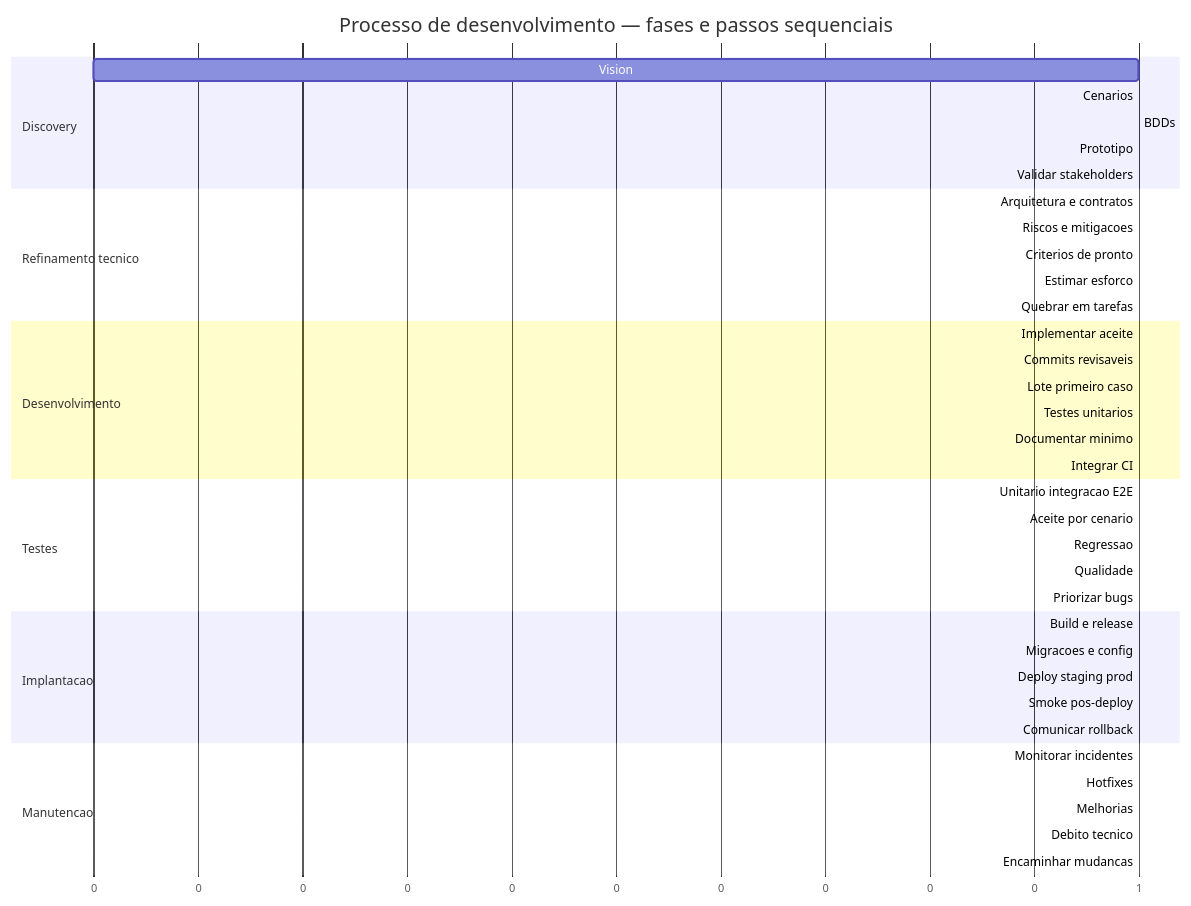
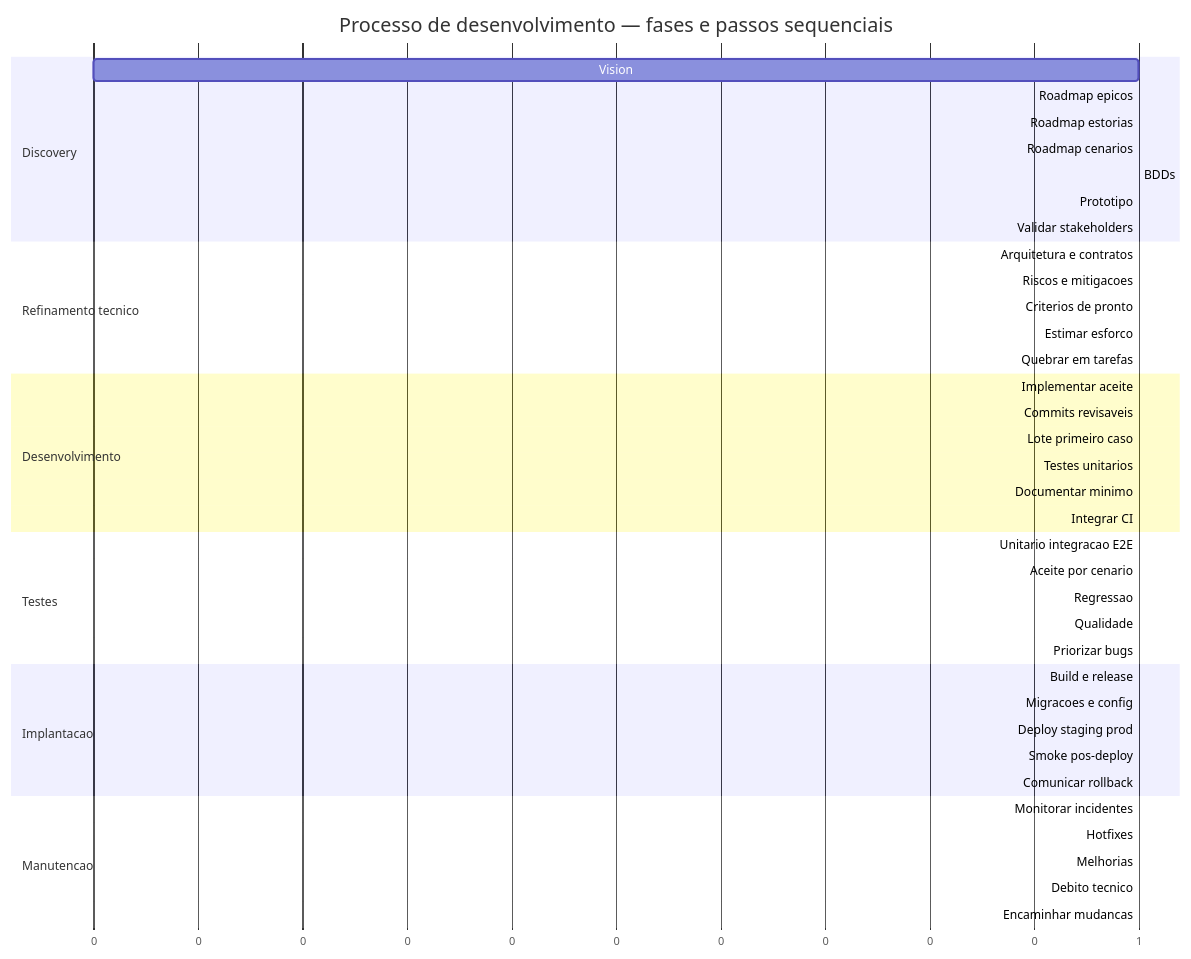
Before and after one commit to laerciogermano/workstation: the first of 2 diagrams in core/processo/README.md, drawn with Mermaid. The commit also changed other lines of this file and 2 other files, not shown here.

Commit message:
No discovery, roadmap nasce em épicos → estórias → cenários, com paralelização no EP.
Definir atividades paralelizáveis cedo no épico facilita o recorte de estórias e cenários.

````diff
--- a/core/processo/README.md
+++ b/core/processo/README.md
@@ -75,49 +77,51 @@
 ```mermaid
 gantt
   title Processo de desenvolvimento — fases e passos sequenciais
   dateFormat X
   axisFormat %s
 
   section Discovery
   Vision                        :d1a, 0, 1
-  Cenarios                      :d1b, after d1a, 1
-  BDDs                          :d1c, after d1b, 1
-  Prototipo                     :d1d, after d1c, 1
-  Validar stakeholders          :d1f, after d1d, 1
+  Roadmap epicos                :d1b, after d1a, 1
+  Roadmap estorias              :d1c, after d1b, 1
+  Roadmap cenarios              :d1d, after d1c, 1
+  BDDs                          :d1e, after d1d, 1
+  Prototipo                     :d1f, after d1e, 1
+  Validar stakeholders          :d1g, after d1f, 1
 
   section Refinamento tecnico
-  Arquitetura e contratos       :d2a, after d1f, 1
+  Arquitetura e contratos       :d2a, after d1g, 1
   Riscos e mitigacoes           :d2b, after d2a, 1
   Criterios de pronto           :d2c, after d2b, 1
   Estimar esforco               :d2d, after d2c, 1
   Quebrar em tarefas            :d2e, after d2d, 1
 
   section Desenvolvimento
   Implementar aceite            :d3a, after d2e, 1
   Commits revisaveis            :d3b, after d3a, 1
   Lote primeiro caso            :d3c, after d3b, 1
   Testes unitarios              :d3d, after d3c, 1
   Documentar minimo             :d3e, after d3d, 1
   Integrar CI                   :d3f, after d3e, 1
 
   section Testes
   Unitario integracao E2E       :d4a, after d3f, 1
   Aceite por cenario            :d4b, after d4a, 1
   Regressao                     :d4c, after d4b, 1
   Qualidade                     :d4d, after d4c, 1
   Priorizar bugs                :d4e, after d4d, 1
 
   section Implantacao
   Build e release               :d5a, after d4e, 1
   Migracoes e config            :d5b, after d5a, 1
   Deploy staging prod           :d5c, after d5b, 1
   Smoke pos-deploy              :d5d, after d5c, 1
   Comunicar rollback            :d5e, after d5d, 1
 
   section Manutencao
   Monitorar incidentes          :d6a, after d5e, 1
   Hotfixes                      :d6b, after d6a, 1
   Melhorias                     :d6c, after d6b, 1
   Debito tecnico                :d6d, after d6c, 1
   Encaminhar mudancas           :d6e, after d6d, 1
 ```
````
